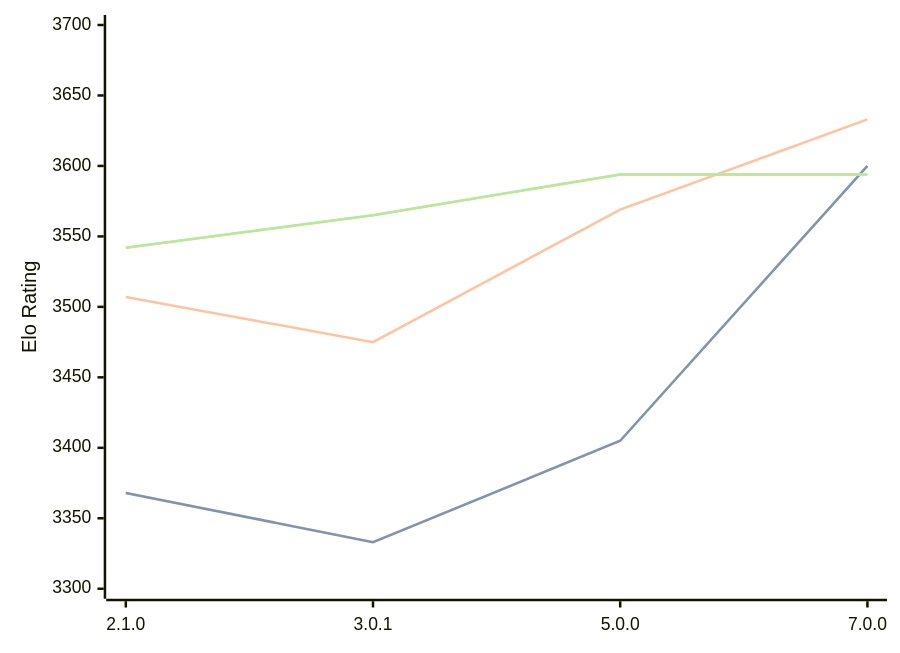
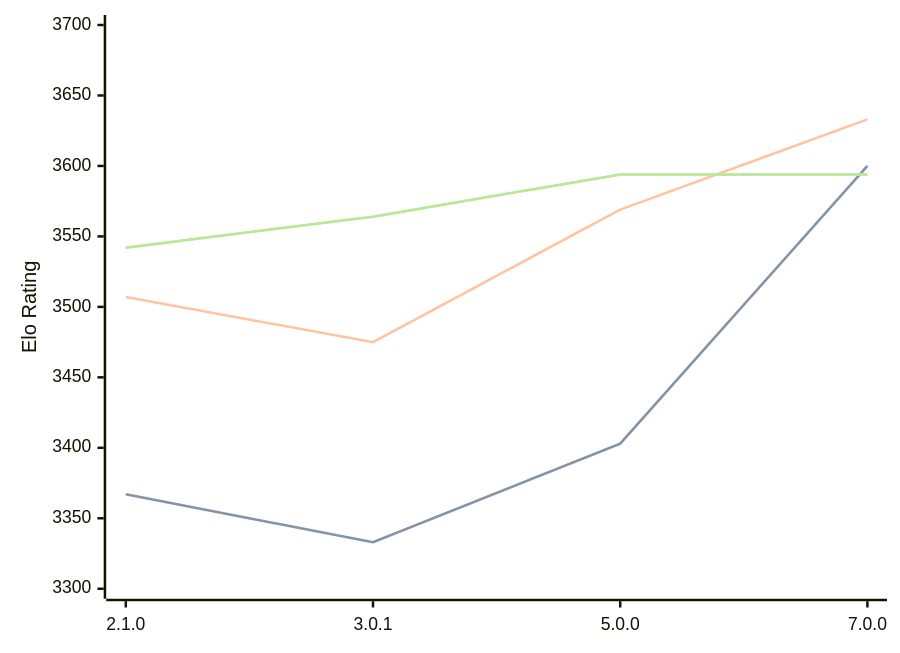
The diagram in engines/PlentyChess.md (computer-chess-index/cci), drawn with Mermaid before and after one commit. The commit also changed other lines of this file, not shown here.

Commit message:
Update CCI Ratings (ELO VLTC) - 2026-03-09

````diff
--- a/engines/PlentyChess.md
+++ b/engines/PlentyChess.md
@@ -43,11 +43,11 @@
 ```mermaid
 %%{init: {"theme":"base","themeVariables":{"seriesColors:['#a3a3a3','#222221','#faa371']}}}%%
 xychart-beta
   x-axis ["2.1.0", "3.0.1", "5.0.0", "7.0.0"]
   y-axis "Elo Rating" 3300 --> 3700
-  line "STC (8.0+0.08s)" [3368, 3333, 3405, 3600]
-  line "STC (8.0+0.08s)" [3368, 3333, 3405, 3600]
+  line "STC (8.0+0.08s)" [3367, 3333, 3403, 3600]
+  line "STC (8.0+0.08s)" [3367, 3333, 3403, 3600]
   line "LTC (60.0+0.60s)" [3507, 3475, 3569, 3633]
-  line "VLTC (2m24s+1.12s)" [3542, 3565, 3594, 3594]
-  line "VLTC (2m24s+1.12s)" [3542, 3565, 3594, 3594]
+  line "VLTC (2m24s+1.12s)" [3542, 3564, 3594, 3594]
+  line "VLTC (2m24s+1.12s)" [3542, 3564, 3594, 3594]
 ```
````
